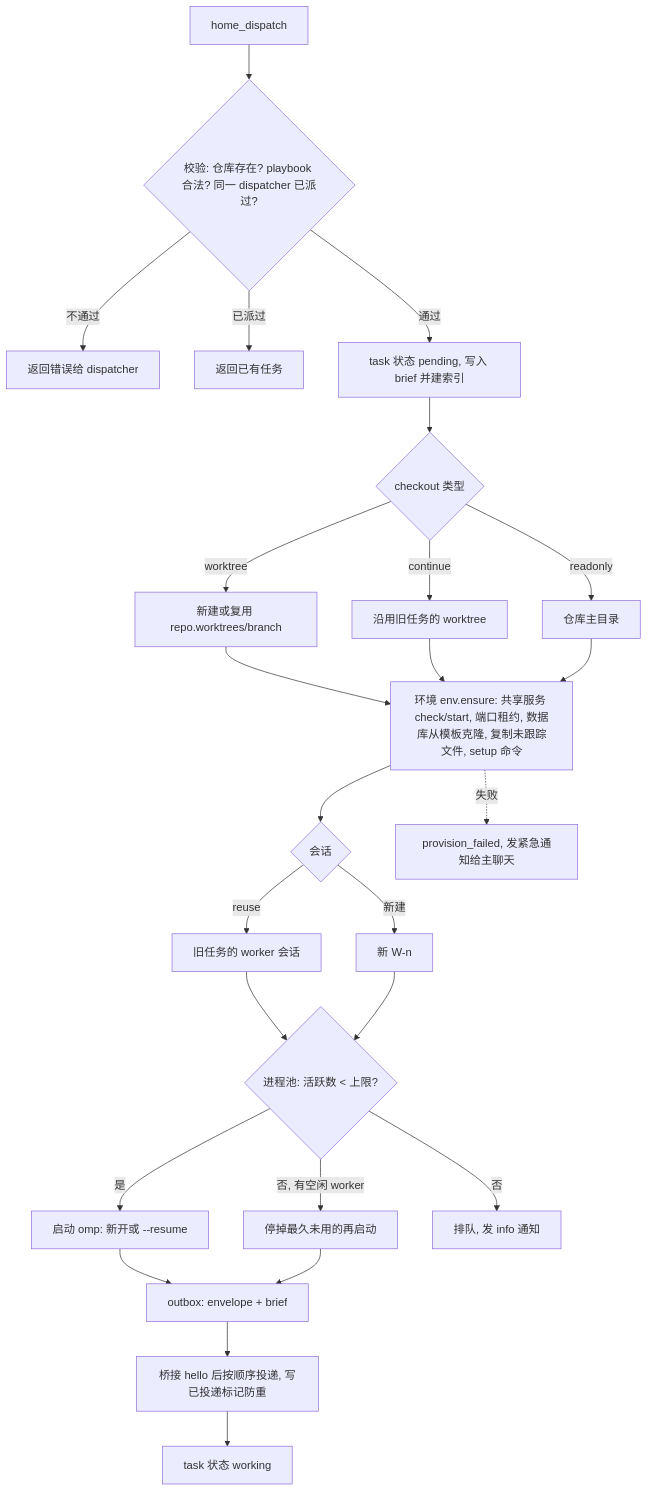
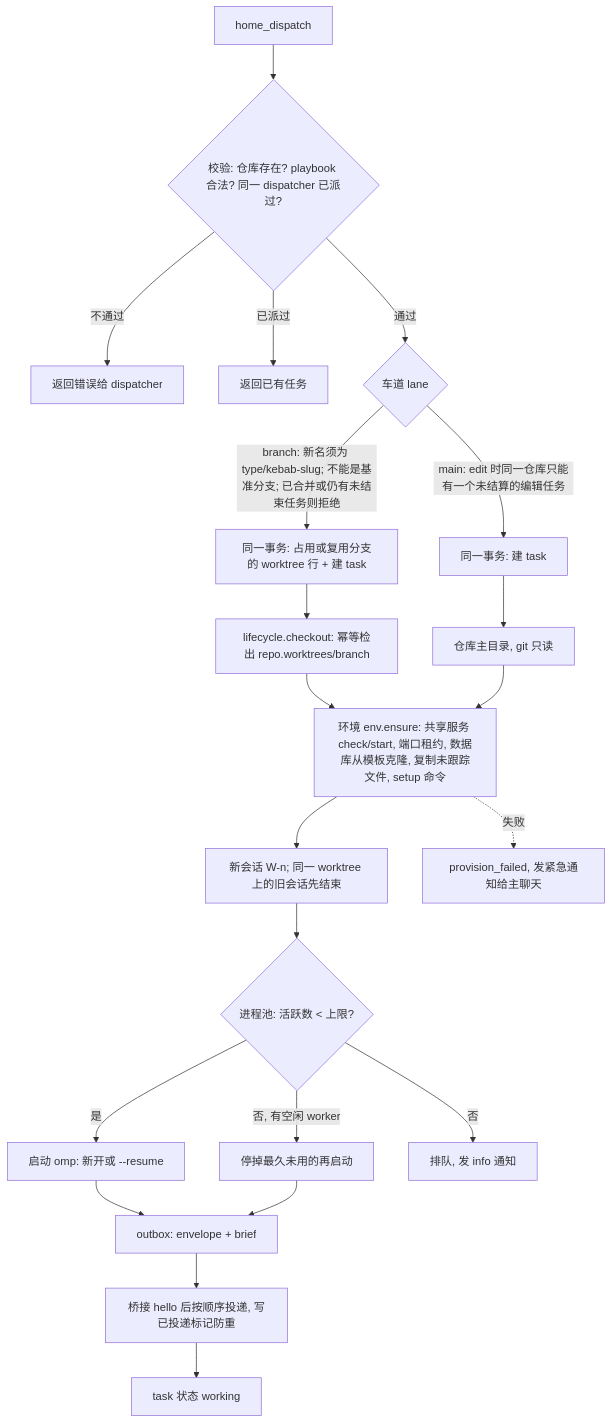
One commit to xianxianxianyu/omp-home changed the second of 8 diagrams in docs/PIPELINES.md. Above: the diagram before and after it, drawn with Mermaid. The commit also changed other lines of this file and 68 other files, not shown here.

Commit message:
Worktree lifecycle: branch and main-checkout lanes, git-derived phases, merge detection (ancestry, merge-tree, cherry), automatic CAS retirement of merged branches, one admission gate, branches UI, home template update card; v0.1.8

````diff
--- a/docs/PIPELINES.md
+++ b/docs/PIPELINES.md
@@ -35,23 +35,21 @@
 ```mermaid
 flowchart TD
   A[home_dispatch] --> B{"校验: 仓库存在? playbook 合法? 同一 dispatcher 已派过?"}
   B -- 不通过 --> X[返回错误给 dispatcher]
   B -- 已派过 --> Y[返回已有任务]
-  B -- 通过 --> C[task 状态 pending, 写入 brief 并建索引]
-  C --> D{checkout 类型}
-  D -- worktree --> D1["新建或复用 repo.worktrees/branch"]
-  D -- continue --> D2[沿用旧任务的 worktree]
-  D -- readonly --> D3[仓库主目录]
-  D1 & D2 & D3 --> E["环境 env.ensure: 共享服务 check/start, 端口租约, 数据库从模板克隆, 复制未跟踪文件, setup 命令"]
-  E --> F{会话}
-  F -- reuse --> F1[旧任务的 worker 会话]
-  F -- 新建 --> F2["新 W-n"]
-  F1 & F2 --> G{"进程池: 活跃数 < 上限?"}
+  B -- 通过 --> R{"车道 lane"}
+  R -- "branch: 新名须为 type/kebab-slug; 不能是基准分支; 已合并或仍有未结束任务则拒绝" --> C1["同一事务: 占用或复用分支的 worktree 行 + 建 task"]
+  R -- "main: edit 时同一仓库只能有一个未结算的编辑任务" --> C2[同一事务: 建 task]
+  C1 --> D1["lifecycle.checkout: 幂等检出 repo.worktrees/branch"]
+  C2 --> D3[仓库主目录, git 只读]
+  D1 & D3 --> E["环境 env.ensure: 共享服务 check/start, 端口租约, 数据库从模板克隆, 复制未跟踪文件, setup 命令"]
+  E --> F["新会话 W-n; 同一 worktree 上的旧会话先结束"]
+  F --> G{"进程池: 活跃数 < 上限?"}
   G -- 是 --> G1["启动 omp: 新开或 --resume"]
   G -- "否, 有空闲 worker" --> G2[停掉最久未用的再启动]
   G -- 否 --> G3[排队, 发 info 通知]
   G1 & G2 --> H["outbox: envelope + brief"]
   H --> I[桥接 hello 后按顺序投递, 写已投递标记防重]
   I --> J[task 状态 working]
   E -. 失败 .-> Z["provision_failed, 发紧急通知给主聊天"]
 ```
````
